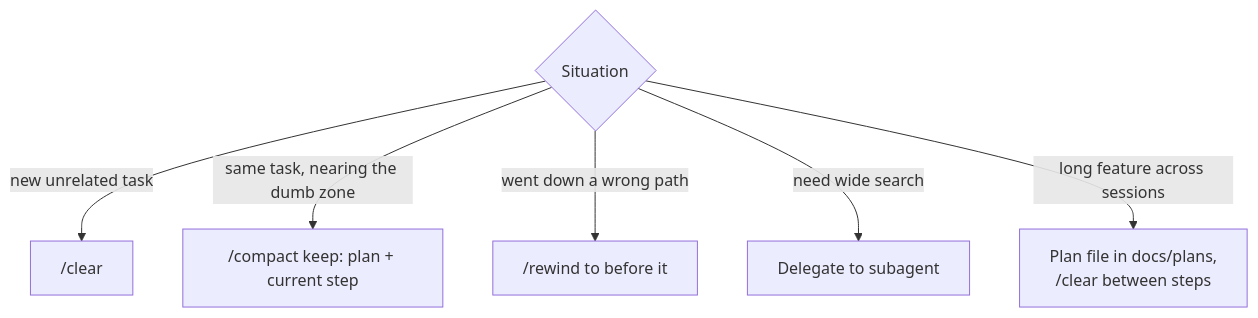
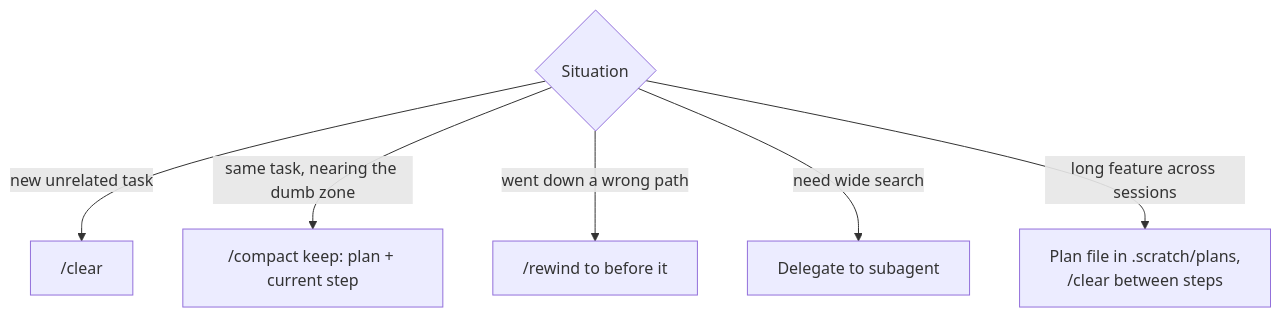
One commit to tomschinelli/ai-engineering-guide changed the second of 2 diagrams in practices/context-and-cost.md. Above: the diagram before and after it, drawn with Mermaid. The commit also changed other lines of this file and 14 other files, not shown here.

````diff
--- a/practices/context-and-cost.md
+++ b/practices/context-and-cost.md
@@ -95,8 +95,8 @@
 ```mermaid
 flowchart TD
     S{Situation} -->|new unrelated task| CL["/clear"]
     S -->|same task, nearing the dumb zone| CP["/compact keep: plan + current step"]
     S -->|went down a wrong path| RW["/rewind to before it"]
     S -->|need wide search| SA[Delegate to subagent]
-    S -->|long feature across sessions| PF[Plan file in docs/plans,<br/>/clear between steps]
+    S -->|long feature across sessions| PF[Plan file in .scratch/plans,<br/>/clear between steps]
 ```
````
